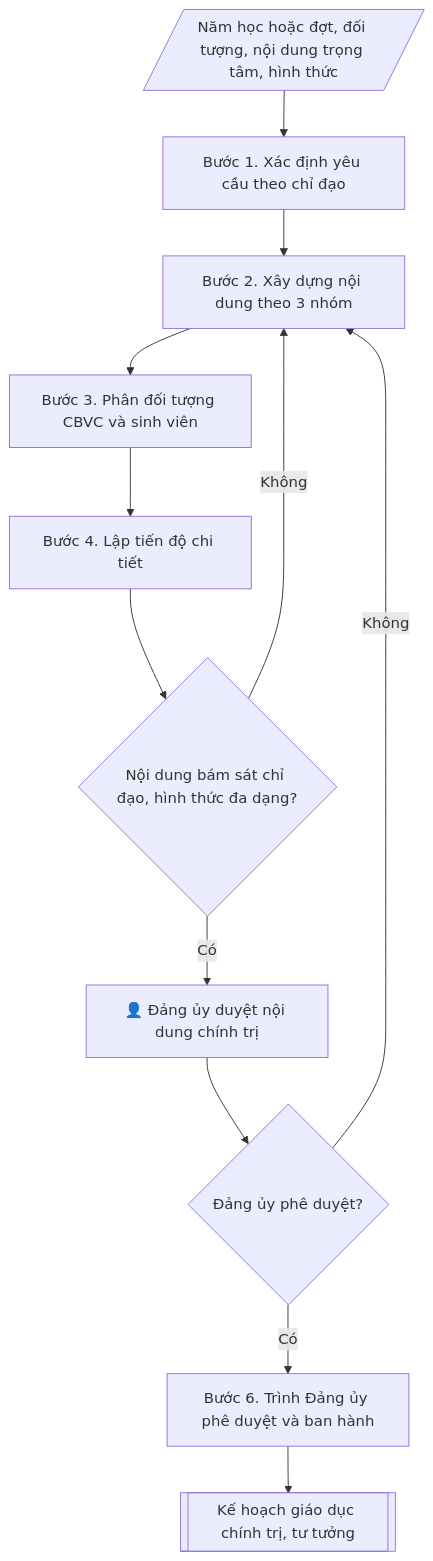
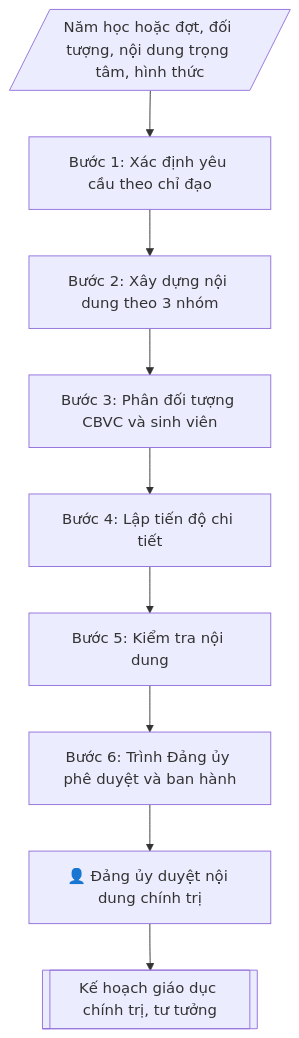
Before and after one commit to phamtruong91/dh-skills: the diagram in skills/ke-hoach-giao-duc-chinh-tri-tu-tuong/SKILL.md, drawn with Mermaid. The commit also changed 124 other files, not shown here.

````diff
--- a/skills/ke-hoach-giao-duc-chinh-tri-tu-tuong/SKILL.md
+++ b/skills/ke-hoach-giao-duc-chinh-tri-tu-tuong/SKILL.md
@@ -96,15 +96,11 @@
 ```mermaid
 flowchart TD
-    IN[/"Năm học hoặc đợt, đối tượng, nội dung trọng tâm, hình thức"/]
-    IN --> A["Bước 1. Xác định yêu cầu theo chỉ đạo"]
-    A --> B["Bước 2. Xây dựng nội dung theo 3 nhóm"]
-    B --> C["Bước 3. Phân đối tượng CBVC và sinh viên"]
-    C --> D["Bước 4. Lập tiến độ chi tiết"]
-    D --> E{"Nội dung bám sát chỉ đạo, hình thức đa dạng?"}
-    E -->|Không| B
-    E -->|Có| HG["👤 Đảng ủy duyệt nội dung chính trị"]
-    HG --> F{"Đảng ủy phê duyệt?"}
-    F -->|Không| B
-    F -->|Có| G["Bước 6. Trình Đảng ủy phê duyệt và ban hành"]
-    G --> OUT[["Kế hoạch giáo dục chính trị, tư tưởng"]]
+    IN[/"Năm học hoặc đợt, đối tượng, nội dung trọng tâm, hình thức"/] --> B1["Bước 1: Xác định yêu cầu theo chỉ đạo"]
+    B1 --> B2["Bước 2: Xây dựng nội dung theo 3 nhóm"]
+    B2 --> B3["Bước 3: Phân đối tượng CBVC và sinh viên"]
+    B3 --> B4["Bước 4: Lập tiến độ chi tiết"]
+    B4 --> B5["Bước 5: Kiểm tra nội dung"]
+    B5 --> B6["Bước 6: Trình Đảng ủy phê duyệt và ban hành"]
+    B6 --> HG["👤 Đảng ủy duyệt nội dung chính trị"]
+    HG --> OUT[["Kế hoạch giáo dục chính trị, tư tưởng"]]
 ```
````
